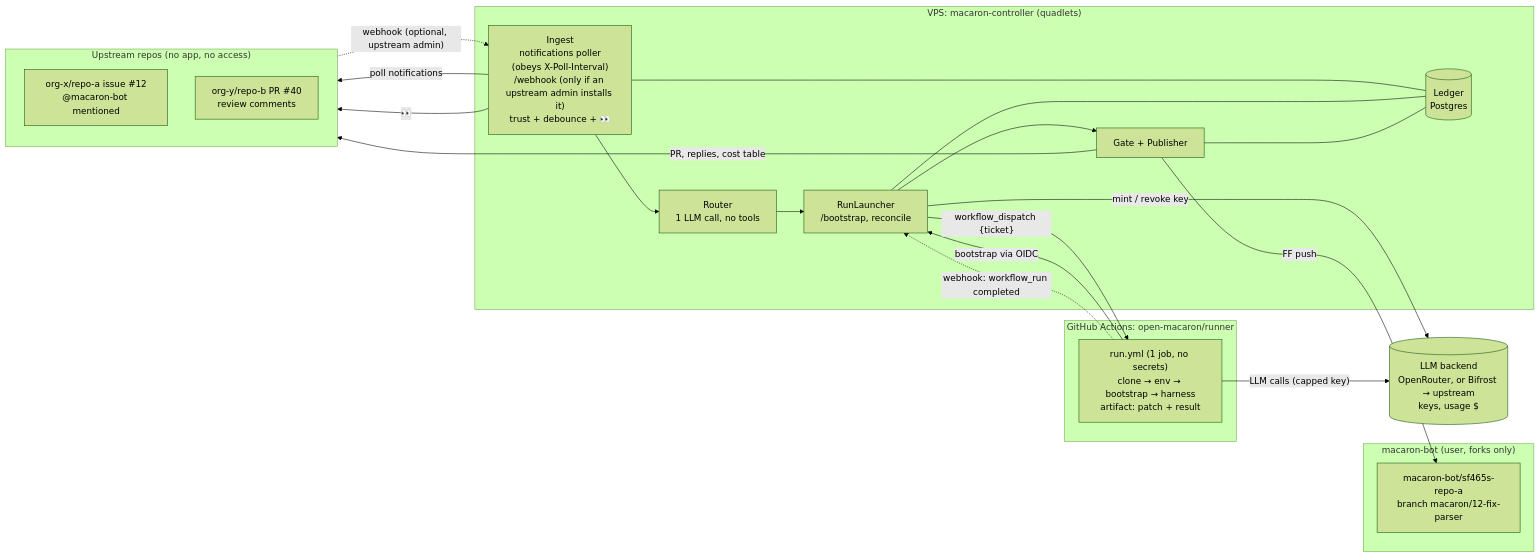
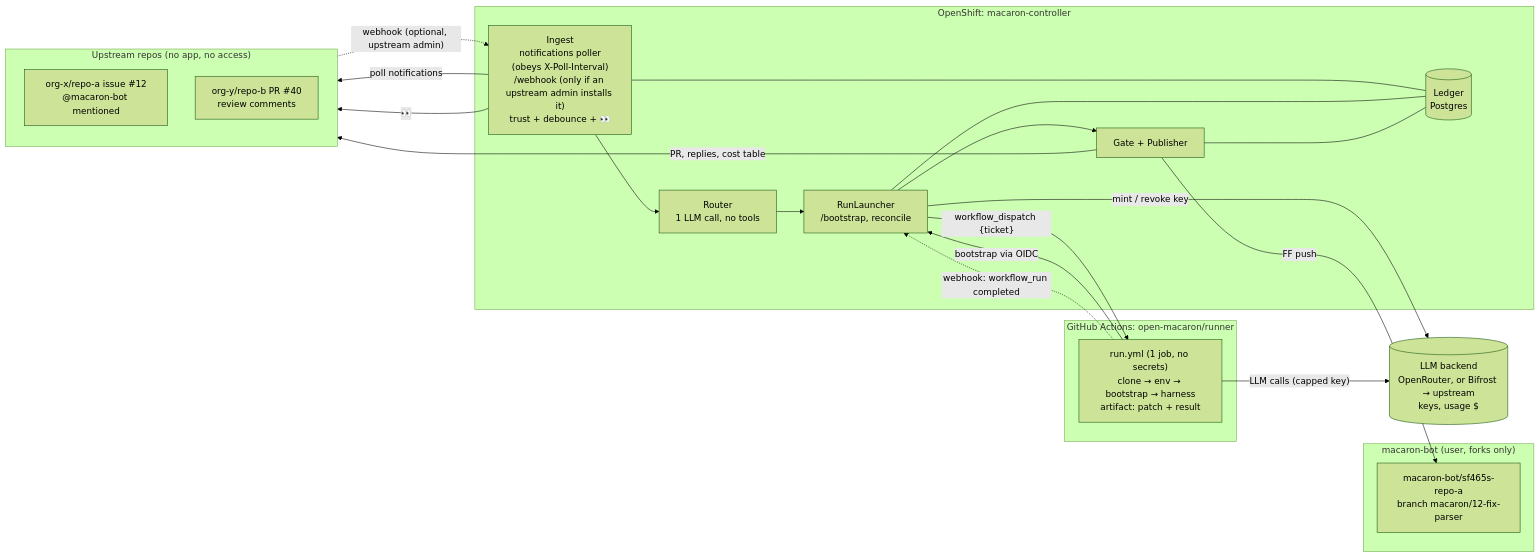
Before and after one commit to open-macaron/macaron: the first of 5 diagrams in docs/DESIGN.md, drawn with Mermaid (forest theme). The commit also changed other lines of this file and 12 other files, not shown here.

First line of the commit message:
docs: OpenShift is production

````diff
--- a/docs/DESIGN.md
+++ b/docs/DESIGN.md
@@ -20,35 +20,35 @@
 ```mermaid
 flowchart LR
   subgraph UP["Upstream repos (no app, no access)"]
     ISSUE["org-x/repo-a issue #12<br/>@macaron-bot mentioned"]
     PR["org-y/repo-b PR #40<br/>review comments"]
   end
   subgraph FORK["macaron-bot (user, forks only)"]
     BR["macaron-bot/sf465s-repo-a<br/>branch macaron/12-fix-parser"]
   end
-  subgraph VPS["VPS: macaron-controller (quadlets)"]
+  subgraph CTL["OpenShift: macaron-controller"]
     ING["Ingest<br/>notifications poller<br/>(obeys X-Poll-Interval)<br/>/webhook (only if an upstream admin installs it)<br/>trust + debounce + 👀"]
     ROU["Router<br/>1 LLM call, no tools"]
     RL["RunLauncher<br/>/bootstrap, reconcile"]
     PUB["Gate + Publisher"]
     DB[("Ledger<br/>Postgres")]
   end
   subgraph GHA["GitHub Actions: open-macaron/runner"]
     RUN["run.yml (1 job, no secrets)<br/>clone → env → bootstrap → harness<br/>artifact: patch + result"]
   end
   OR[("LLM backend<br/>OpenRouter, or Bifrost → upstream<br/>keys, usage $")]
 
   ING -- "poll notifications" --> UP
   UP -. "webhook (optional, upstream admin)" .-> ING
   ING -- "👀" --> UP
   ING --> ROU --> RL
   RL -- "mint / revoke key" --> OR
   RL -- "workflow_dispatch {ticket}" --> RUN
   RUN -- "bootstrap via OIDC" --> RL
   RUN -- "LLM calls (capped key)" --> OR
   RUN -. "webhook: workflow_run completed" .-> RL
   RL --> PUB
   PUB -- "FF push" --> BR
   PUB -- "PR, replies, cost table" --> UP
   ING & RL & PUB --- DB
 ```
````
